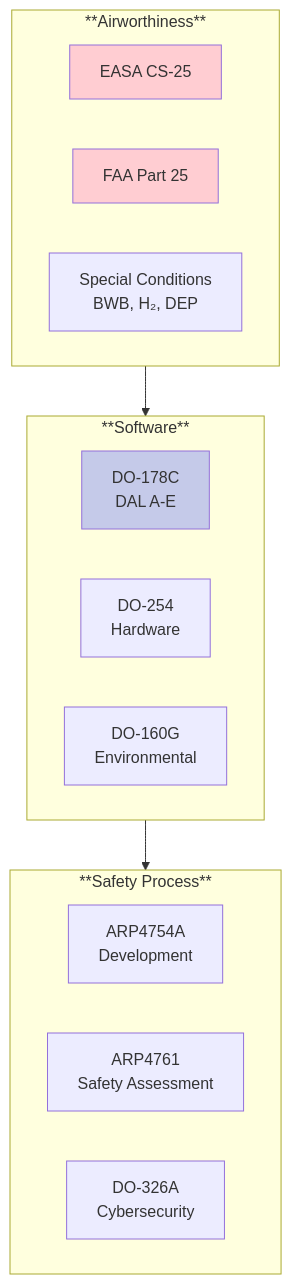
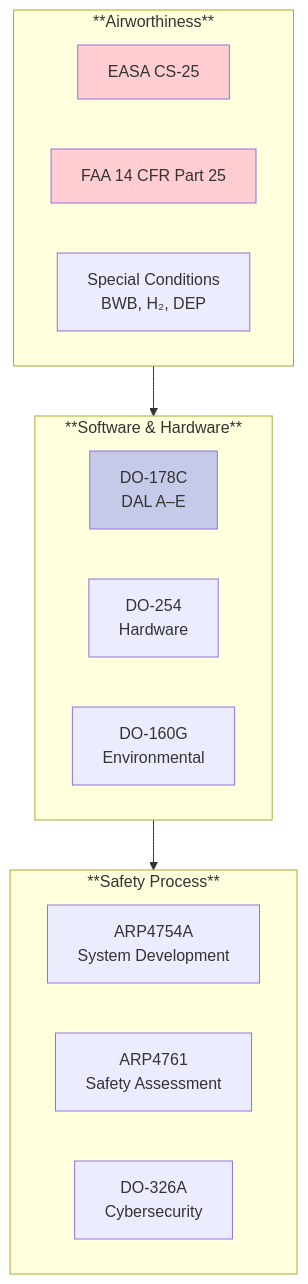
Before and after one commit to AmedeoPelliccia/AMPEL360-BWB-H2-Hy-E: the sixth of 6 diagrams in README.md, drawn with Mermaid. The commit also changed other lines of this file, not shown here.

````diff
--- a/README.md
+++ b/README.md
@@ -252,26 +252,26 @@
 ```mermaid
 flowchart TB
     subgraph Primary["**Airworthiness**"]
         EASA["EASA CS-25"]
-        FAA["FAA Part 25"]
+        FAA["FAA 14 CFR Part 25"]
         SC["Special Conditions<br/>BWB, H₂, DEP"]
     end
 
-    subgraph SW["**Software**"]
-        DO178["DO-178C<br/>DAL A-E"]
+    subgraph SW["**Software & Hardware**"]
+        DO178["DO-178C<br/>DAL A–E"]
         DO254["DO-254<br/>Hardware"]
         DO160["DO-160G<br/>Environmental"]
     end
 
     subgraph Safety["**Safety Process**"]
-        ARP4754["ARP4754A<br/>Development"]
+        ARP4754["ARP4754A<br/>System Development"]
         ARP4761["ARP4761<br/>Safety Assessment"]
         DO326["DO-326A<br/>Cybersecurity"]
     end
 
     Primary --> SW --> Safety
 
     style EASA fill:#ffcdd2
     style FAA fill:#ffcdd2
     style DO178 fill:#c5cae9
 ```
````
